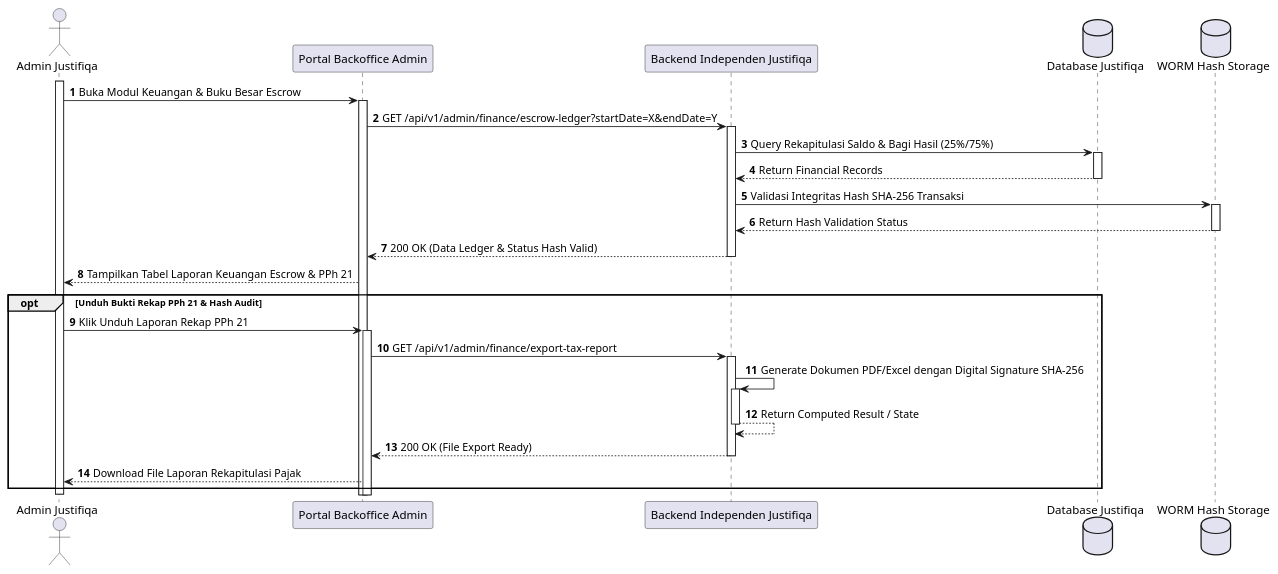
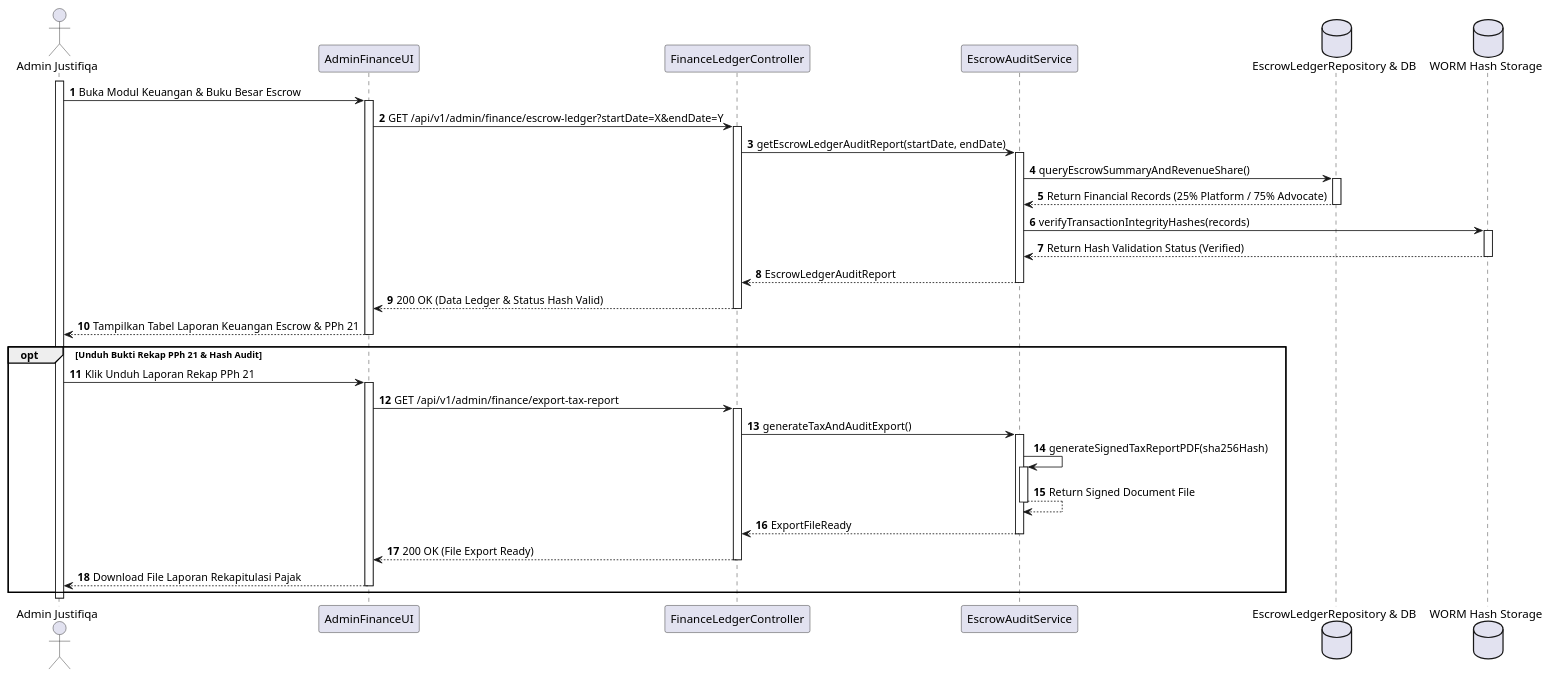
Diagram 12 of 28 in MarkDown/plantuml_sequence_diagrams.md (tupperwureism/SuperApp-Gagal), drawn with PlantUML before and after one commit. The commit also changed other lines of this file, not shown here.

Commit message:
refactor(uml): normalize Batch 3 sequence diagrams SD-J-11 to SD-J-20 to 5-lifeline BCE and zero-stacking activations

````diff
--- a/MarkDown/plantuml_sequence_diagrams.md
+++ b/MarkDown/plantuml_sequence_diagrams.md
@@ -1469,30 +1489,45 @@
 ```plantuml
 @startuml
 autonumber
 actor "Admin Justifiqa" as Admin
-participant "Portal Backoffice Admin" as FE
-participant "Backend Independen Justifiqa" as BE
-database "Database Justifiqa" as DB
+participant "AdminFinanceUI" as FE
+participant "FinanceLedgerController" as CTRL
+participant "EscrowAuditService" as SVC
+database "EscrowLedgerRepository & DB" as REPO
 database "WORM Hash Storage" as WORM
 
 activate Admin
 Admin -> FE ++ : Buka Modul Keuangan & Buku Besar Escrow
-FE -> BE ++ : GET /api/v1/admin/finance/escrow-ledger?startDate=X&endDate=Y
-BE -> DB ++ : Query Rekapitulasi Saldo & Bagi Hasil (25%/75%)
-DB --> BE -- : Return Financial Records
-BE -> WORM ++ : Validasi Integritas Hash SHA-256 Transaksi
-WORM --> BE -- : Return Hash Validation Status
-BE --> FE -- : 200 OK (Data Ledger & Status Hash Valid)
+FE -> CTRL ++ : GET /api/v1/admin/finance/escrow-ledger?startDate=X&endDate=Y
+CTRL -> SVC ++ : getEscrowLedgerAuditReport(startDate, endDate)
+SVC -> REPO : queryEscrowSummaryAndRevenueShare()
+activate REPO
+REPO --> SVC : Return Financial Records (25% Platform / 75% Advocate)
+deactivate REPO
+SVC -> WORM : verifyTransactionIntegrityHashes(records)
+activate WORM
+WORM --> SVC : Return Hash Validation Status (Verified)
+deactivate WORM
+SVC --> CTRL : EscrowLedgerAuditReport
+deactivate SVC
+CTRL --> FE : 200 OK (Data Ledger & Status Hash Valid)
+deactivate CTRL
 FE --> Admin : Tampilkan Tabel Laporan Keuangan Escrow & PPh 21
+deactivate FE
 
 opt Unduh Bukti Rekap PPh 21 & Hash Audit
     Admin -> FE ++ : Klik Unduh Laporan Rekap PPh 21
-    FE -> BE ++ : GET /api/v1/admin/finance/export-tax-report
-    BE -> BE ++ : Generate Dokumen PDF/Excel dengan Digital Signature SHA-256
-    BE --> BE -- : Return Computed Result / State
-    BE --> FE -- : 200 OK (File Export Ready)
+    FE -> CTRL ++ : GET /api/v1/admin/finance/export-tax-report
+    CTRL -> SVC ++ : generateTaxAndAuditExport()
+    SVC -> SVC ++ : generateSignedTaxReportPDF(sha256Hash)
+    SVC --> SVC -- : Return Signed Document File
+    SVC --> CTRL : ExportFileReady
+    deactivate SVC
+    CTRL --> FE : 200 OK (File Export Ready)
+    deactivate CTRL
     FE --> Admin : Download File Laporan Rekapitulasi Pajak
+    deactivate FE
 end
 deactivate Admin
 @enduml
 ```
````
